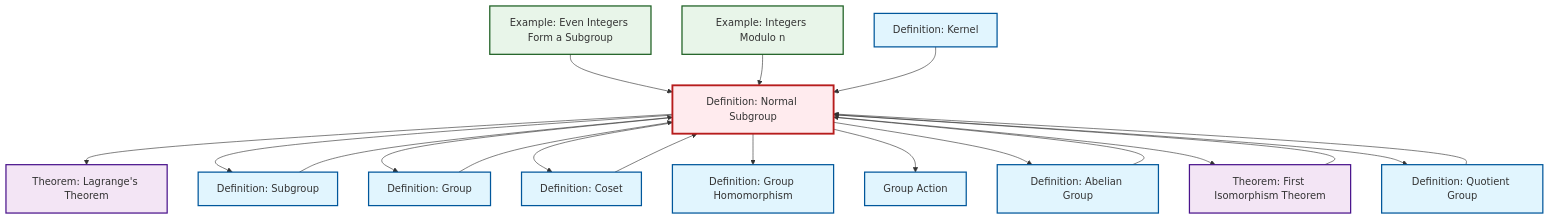
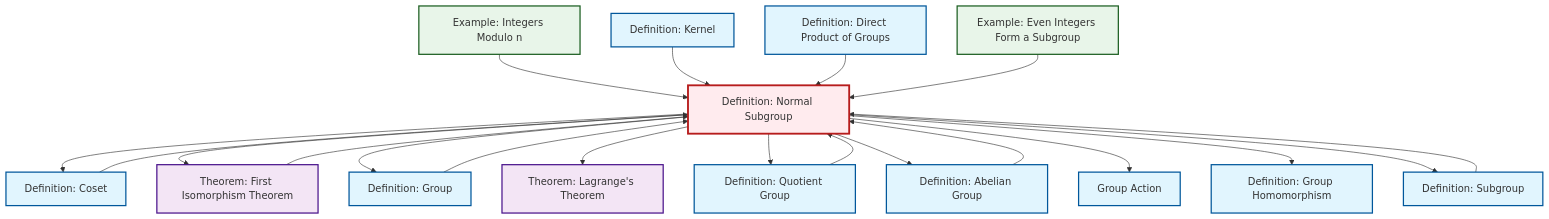
Before and after one commit to RK0429/ModernMath: the diagram in content/en/algebra/def-normal-subgroup.qmd, drawn with Mermaid. The commit also changed 360 other files, not shown here.

````diff
--- a/content/en/algebra/def-normal-subgroup.qmd
+++ b/content/en/algebra/def-normal-subgroup.qmd
@@ -90,53 +90,56 @@
 ```{mermaid}
 %%| fig-cap: "Local dependency graph"
 graph TD
     classDef definition fill:#e1f5fe,stroke:#01579b,stroke-width:2px
     classDef theorem fill:#f3e5f5,stroke:#4a148c,stroke-width:2px
     classDef axiom fill:#fff3e0,stroke:#e65100,stroke-width:2px
     classDef example fill:#e8f5e9,stroke:#1b5e20,stroke-width:2px
     classDef current fill:#ffebee,stroke:#b71c1c,stroke-width:3px
-    ex-quotient-integers-mod-n["Example: Integers Modulo n"]:::example
+    def-normal-subgroup["Definition: Normal Subgroup"]:::definition
+    def-quotient-group["Definition: Quotient Group"]:::definition
+    ex-even-integers-subgroup["Example: Even Integers Form a Subgroup"]:::example
     def-abelian-group["Definition: Abelian Group"]:::definition
-    def-normal-subgroup["Definition: Normal Subgroup"]:::definition
+    thm-lagrange["Theorem: Lagrange's Theorem"]:::theorem
+    def-homomorphism["Definition: Group Homomorphism"]:::definition
+    def-coset["Definition: Coset"]:::definition
     thm-first-isomorphism["Theorem: First Isomorphism Theorem"]:::theorem
     def-kernel["Definition: Kernel"]:::definition
-    ex-even-integers-subgroup["Example: Even Integers Form a Subgroup"]:::example
+    ex-quotient-integers-mod-n["Example: Integers Modulo n"]:::example
+    def-group-action["Group Action"]:::definition
+    def-direct-product["Definition: Direct Product of Groups"]:::definition
+    def-group["Definition: Group"]:::definition
     def-subgroup["Definition: Subgroup"]:::definition
-    def-coset["Definition: Coset"]:::definition
-    def-group["Definition: Group"]:::definition
-    def-homomorphism["Definition: Group Homomorphism"]:::definition
-    thm-lagrange["Theorem: Lagrange's Theorem"]:::theorem
-    def-group-action["Group Action"]:::definition
-    def-quotient-group["Definition: Quotient Group"]:::definition
+    def-normal-subgroup --> def-coset
+    ex-quotient-integers-mod-n --> def-normal-subgroup
+    def-normal-subgroup --> thm-first-isomorphism
+    def-kernel --> def-normal-subgroup
+    def-coset --> def-normal-subgroup
+    def-normal-subgroup --> def-group
+    def-group --> def-normal-subgroup
     def-normal-subgroup --> thm-lagrange
+    def-quotient-group --> def-normal-subgroup
+    def-normal-subgroup --> def-quotient-group
+    def-normal-subgroup --> def-abelian-group
+    def-direct-product --> def-normal-subgroup
+    def-normal-subgroup --> def-group-action
+    ex-even-integers-subgroup --> def-normal-subgroup
+    def-normal-subgroup --> def-homomorphism
+    def-abelian-group --> def-normal-subgroup
+    thm-first-isomorphism --> def-normal-subgroup
+    def-subgroup --> def-normal-subgroup
     def-normal-subgroup --> def-subgroup
-    def-normal-subgroup --> def-group
-    def-quotient-group --> def-normal-subgroup
-    def-abelian-group --> def-normal-subgroup
-    ex-even-integers-subgroup --> def-normal-subgroup
-    def-normal-subgroup --> def-coset
-    def-normal-subgroup --> def-homomorphism
-    def-normal-subgroup --> def-group-action
-    def-normal-subgroup --> def-abelian-group
-    def-normal-subgroup --> thm-first-isomorphism
-    thm-first-isomorphism --> def-normal-subgroup
-    def-coset --> def-normal-subgroup
-    ex-quotient-integers-mod-n --> def-normal-subgroup
-    def-kernel --> def-normal-subgroup
-    def-group --> def-normal-subgroup
-    def-subgroup --> def-normal-subgroup
-    def-normal-subgroup --> def-quotient-group
     class def-normal-subgroup current
-    click ex-quotient-integers-mod-n "ex-quotient-integers-mod-n.html" "Go to Integers Modulo n example"
+    click def-quotient-group "def-quotient-group.html" "Go to Quotient Group definition"
+    click ex-even-integers-subgroup "ex-even-integers-subgroup.html" "Go to Even Integers Form a Subgroup example"
     click def-abelian-group "def-abelian-group.html" "Go to Abelian Group definition"
+    click thm-lagrange "thm-lagrange.html" "Go to Lagrange's Theorem theorem"
+    click def-homomorphism "def-homomorphism.html" "Go to Group Homomorphism definition"
+    click def-coset "def-coset.html" "Go to Coset definition"
     click thm-first-isomorphism "thm-first-isomorphism.html" "Go to First Isomorphism Theorem theorem"
     click def-kernel "def-kernel.html" "Go to Kernel definition"
-    click ex-even-integers-subgroup "ex-even-integers-subgroup.html" "Go to Even Integers Form a Subgroup example"
+    click ex-quotient-integers-mod-n "ex-quotient-integers-mod-n.html" "Go to Integers Modulo n example"
+    click def-group-action "def-group-action.html" "Go to Group Action"
+    click def-direct-product "def-direct-product.html" "Go to Direct Product of Groups definition"
+    click def-group "def-group.html" "Go to Group definition"
     click def-subgroup "def-subgroup.html" "Go to Subgroup definition"
-    click def-coset "def-coset.html" "Go to Coset definition"
-    click def-group "def-group.html" "Go to Group definition"
-    click def-homomorphism "def-homomorphism.html" "Go to Group Homomorphism definition"
-    click thm-lagrange "thm-lagrange.html" "Go to Lagrange's Theorem theorem"
-    click def-group-action "def-group-action.html" "Go to Group Action"
-    click def-quotient-group "def-quotient-group.html" "Go to Quotient Group definition"
 ```
````
